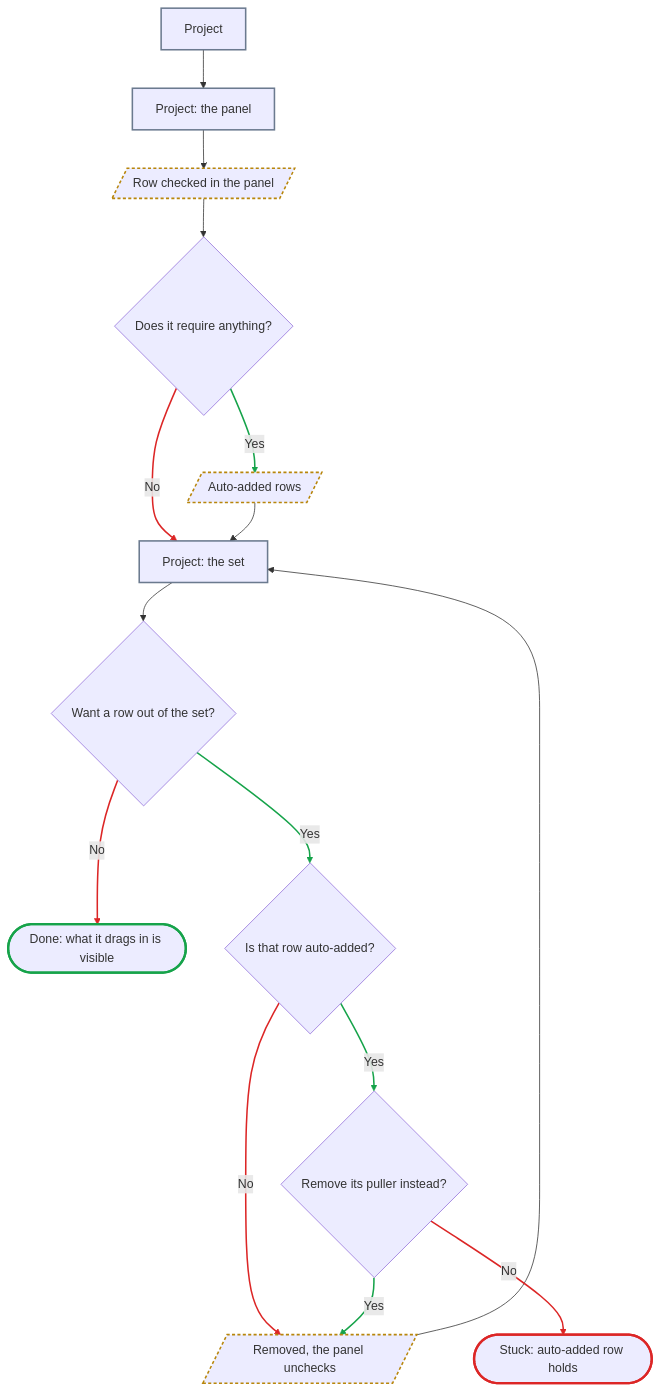
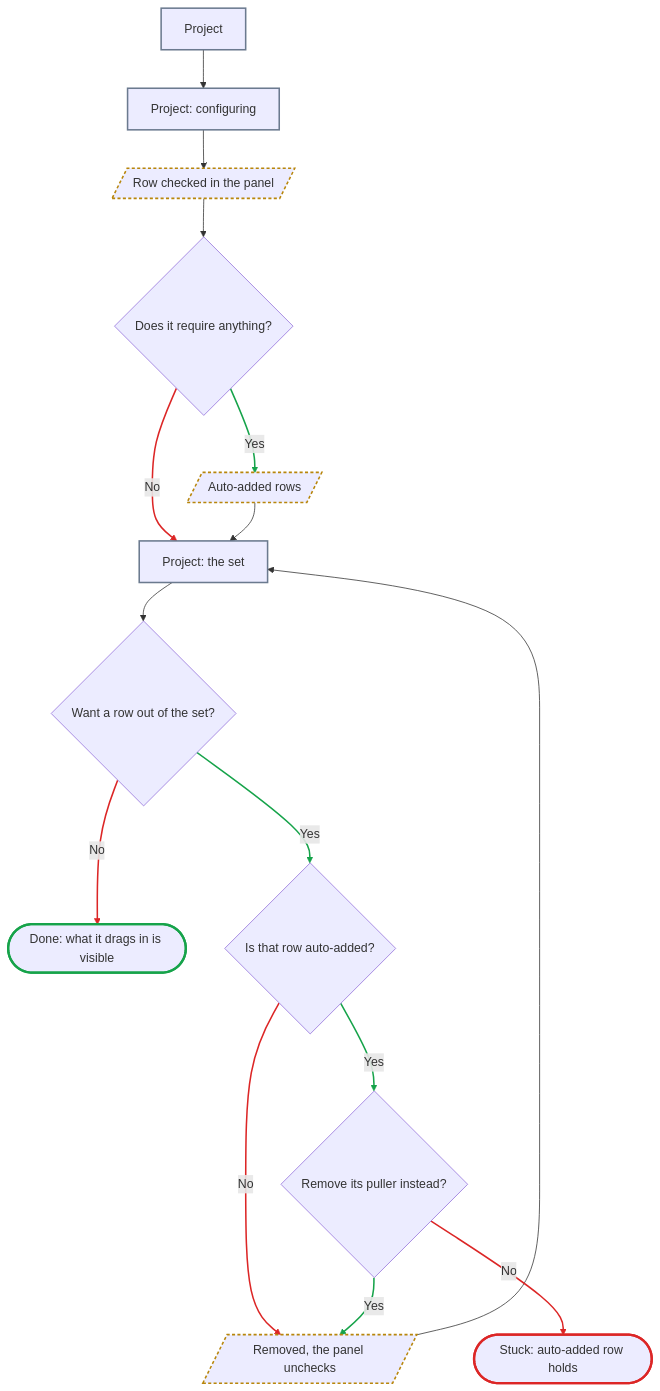
Before and after one commit to RomanUserExpert/ai-stack-builder: the fourth of 7 diagrams in 03-information-architecture/flows.md, drawn with Mermaid. The commit also changed other lines of this file and 4 other files, not shown here.

````diff
--- a/03-information-architecture/flows.md
+++ b/03-information-architecture/flows.md
@@ -357,27 +364,27 @@
 ```mermaid
 flowchart TD
-    A["Project"] --> B["Project: the panel"]
+    A["Project"] --> B["Project: configuring"]
     B --> C[/"Row checked in the panel"/]
     C --> D{"Does it require anything?"}
     D -->|"Yes"| E[/"Auto-added rows"/]
     D -->|"No"| F["Project: the set"]
     E --> F
     F --> G{"Want a row out of the set?"}
     G -->|"No"| H(["Done: what it drags in is visible"])
     G -->|"Yes"| I{"Is that row auto-added?"}
     I -->|"No"| J[/"Removed, the panel unchecks"/]
     J --> F
     I -->|"Yes"| K{"Remove its puller instead?"}
     K -->|"Yes"| J
     K -->|"No"| L(["Stuck: auto-added row holds"])
     classDef screen stroke:#6b7a8f,stroke-width:2px
     classDef state stroke:#b8860b,stroke-width:2px,stroke-dasharray:4 3
     classDef win stroke:#16a34a,stroke-width:3px
     classDef dead stroke:#dc2626,stroke-width:3px
     linkStyle 3,8,11,12 stroke:#16a34a,stroke-width:2px
     linkStyle 4,7,9,13 stroke:#dc2626,stroke-width:2px
     class A,B,F screen
     class C,E,J state
     class H win
     class L dead
 ```
````
